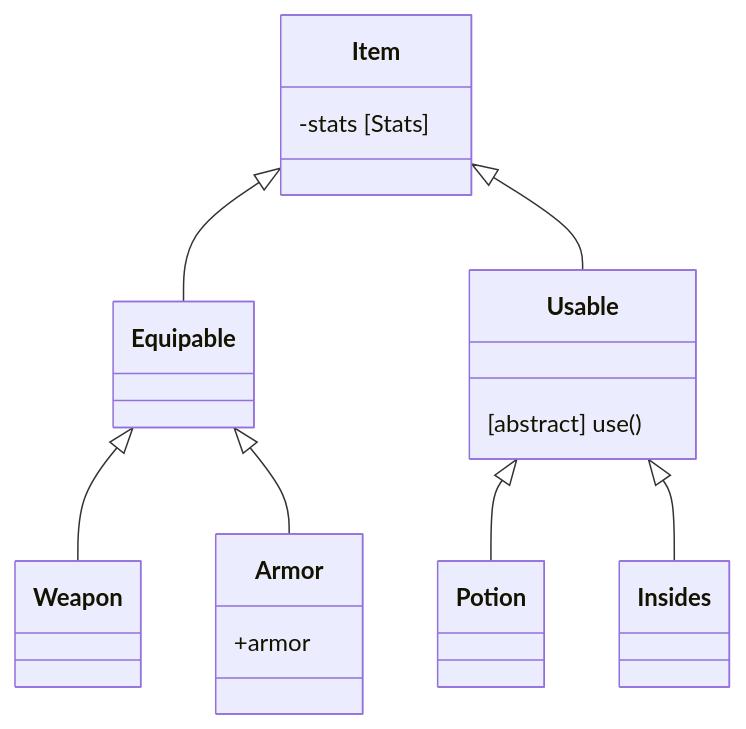
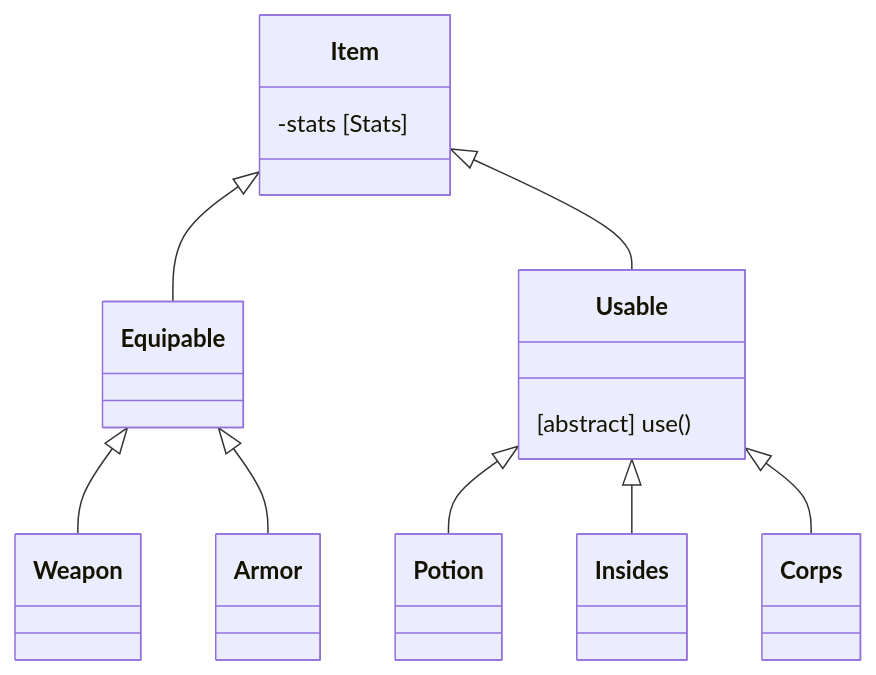
Before and after one commit to AugustinPech/Java_cours_campus: the second of 3 diagrams in docs/DonjonAndDragons/classDiagram.md, drawn with Mermaid. The commit also changed 33 other files, not shown here.

````diff
--- a/docs/DonjonAndDragons/classDiagram.md
+++ b/docs/DonjonAndDragons/classDiagram.md
@@ -31,20 +31,20 @@
 ```mermaid
 classDiagram
     Item <|-- Equipable
     Item <|-- Usable
     Equipable <|-- Weapon
     Equipable <|-- Armor
     Usable <|-- Potion
     Usable <|-- Insides
+    Usable <|-- Corps
     class Item {
         -stats [Stats]   
     }
     class Weapon {
     }
     class Armor{
-        +armor
     }
     class Usable {
         [abstract] use()
     }
 ```
````
